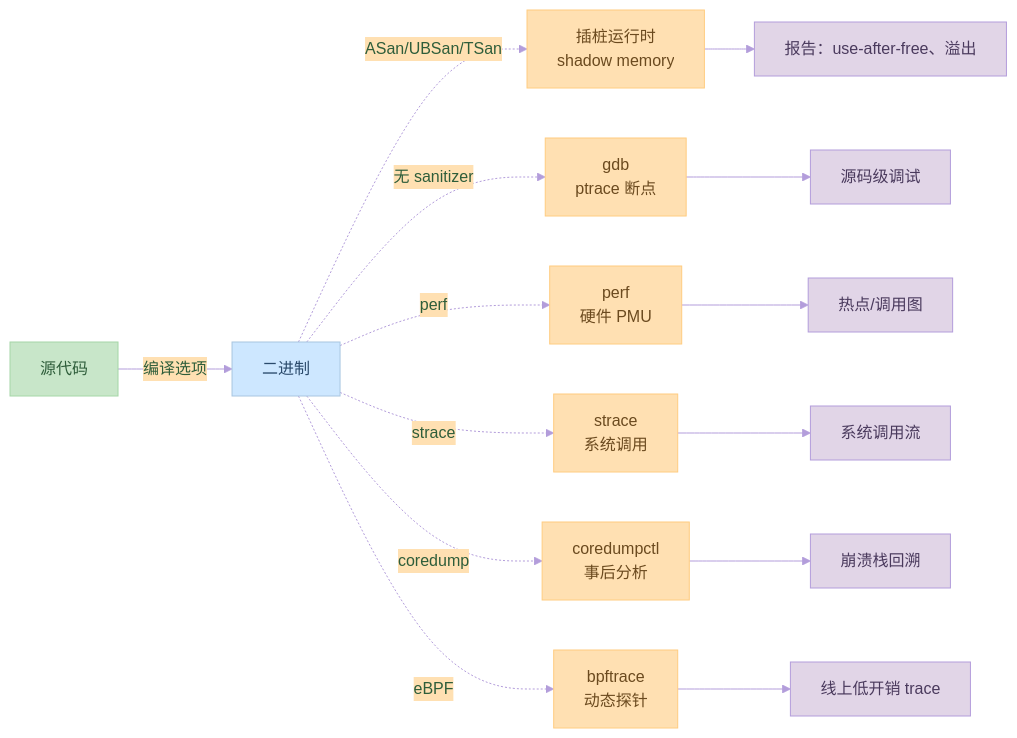
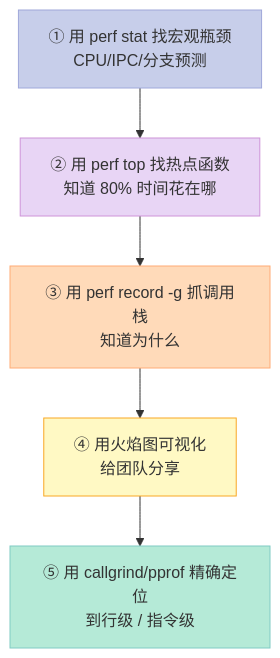
One commit to xuqi2024/xuqi2024.github.io changed the eighth of 10 diagrams in source/_posts/13-调试.md. Above: the diagram before and after it, drawn with Mermaid. The commit also changed other lines of this file and 12 other files, not shown here.

````diff
--- a/source/_posts/13-调试.md
+++ b/source/_posts/13-调试.md
@@ -519,27 +1548,13 @@
 ```mermaid
-%%{init: {'theme':'base', 'themeVariables': {'primaryColor':'#C8E6C9','primaryTextColor':'#2E5D3A','primaryBorderColor':'#A5D6A7','lineColor':'#B39DDB','secondaryColor':'#FFE0B2','tertiaryColor':'#CDE7FF'}}}%%
-flowchart LR
-    SRC["源代码"] -->|编译选项| BIN["二进制"]
-    BIN -.ASan/UBSan/TSan.-> SAN["插桩运行时<br/>shadow memory"]
-    BIN -.无 sanitizer.-> GDB["gdb<br/>ptrace 断点"]
-    BIN -.perf.-> PERF["perf<br/>硬件 PMU"]
-    BIN -.strace.-> STR["strace<br/>系统调用"]
-    BIN -.coredump.-> CORE["coredumpctl<br/>事后分析"]
-    BIN -.eBPF.-> EBPF["bpftrace<br/>动态探针"]
+flowchart TD
+    A["① 用 perf stat 找宏观瓶颈<br/>CPU/IPC/分支预测"] --> B["② 用 perf top 找热点函数<br/>知道 80% 时间花在哪"]
+    B --> C["③ 用 perf record -g 抓调用栈<br/>知道为什么"]
+    C --> D["④ 用火焰图可视化<br/>给团队分享"]
+    D --> E["⑤ 用 callgrind/pprof 精确定位<br/>到行级 / 指令级"]
 
-    SAN --> REPORT1["报告：use-after-free、溢出"]
-    GDB --> REPORT2["源码级调试"]
-    PERF --> REPORT3["热点/调用图"]
-    STR --> REPORT4["系统调用流"]
-    CORE --> REPORT5["崩溃栈回溯"]
-    EBPF --> REPORT6["线上低开销 trace"]
-
-    classDef src fill:#C8E6C9,stroke:#A5D6A7,color:#2E5D3A
-    classDef bin fill:#CDE7FF,stroke:#A8C5E0,color:#2A4A6B
-    classDef tool fill:#FFE0B2,stroke:#FFCC80,color:#6B4A1F
-    classDef rep fill:#E1D5E7,stroke:#B39DDB,color:#4A3A5D
-    class SRC src
-    class BIN bin
-    class SAN,GDB,PERF,STR,CORE,EBPF tool
-    class REPORT1,REPORT2,REPORT3,REPORT4,REPORT5,REPORT6 rep
+    style A fill:#C7CEEA,stroke:#9FA8DA,color:#333
+    style B fill:#E8D5F5,stroke:#CE93D8,color:#333
+    style C fill:#FFDAB9,stroke:#FFAB76,color:#333
+    style D fill:#FFF9C4,stroke:#F9A825,color:#333
+    style E fill:#B5EAD7,stroke:#80CBC4,color:#333
 ```
````
